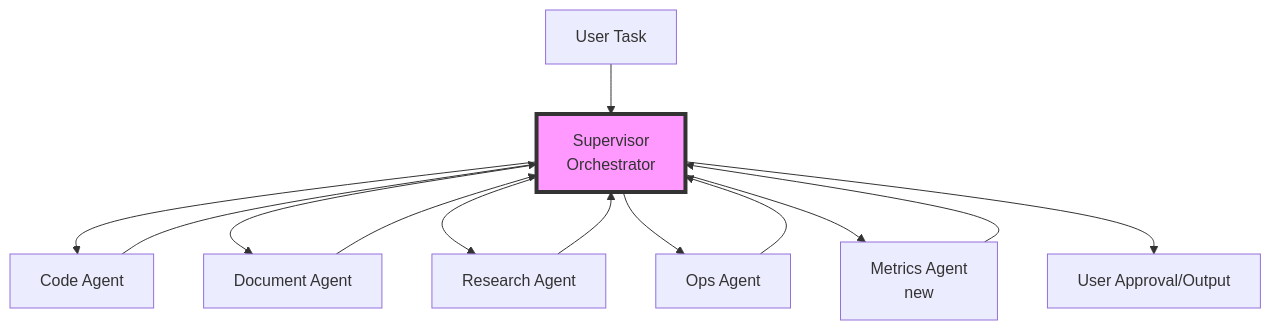
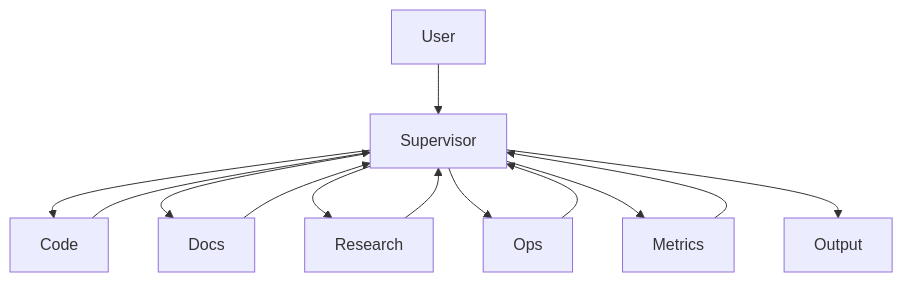
One commit to nativemen/zeroclaw_setup changed the diagram in docker/zeroclaw/AGENTS.md. Above: the diagram before and after it, drawn with Mermaid. The commit also changed other lines of this file and 3 other files, not shown here.

````diff
--- a/docker/zeroclaw/AGENTS.md
+++ b/docker/zeroclaw/AGENTS.md
@@ -33,16 +16,15 @@
 ```mermaid
 graph TD
-    A[User Task] --> B[Supervisor<br>Orchestrator]
-    B --> C[Code Agent]
-    B --> D[Document Agent]
-    B --> E[Research Agent]
-    B --> F[Ops Agent]
-    B --> G[Metrics Agent<br>new]
+    A[User] --> B[Supervisor]
+    B --> C[Code]
+    B --> D[Docs]
+    B --> E[Research]
+    B --> F[Ops]
+    B --> G[Metrics]
     C --> B
     D --> B
     E --> B
     F --> B
     G --> B
-    B --> H[User Approval/Output]
-    style B fill:#f9f,stroke:#333,stroke-width:4px
+    B --> H[Output]
 ```
````
